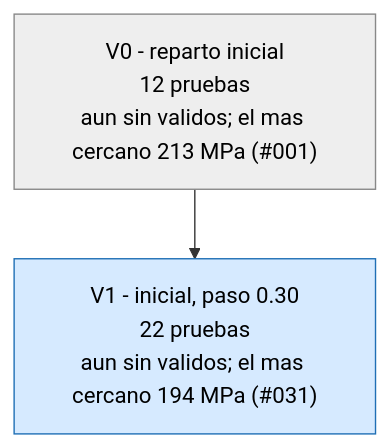
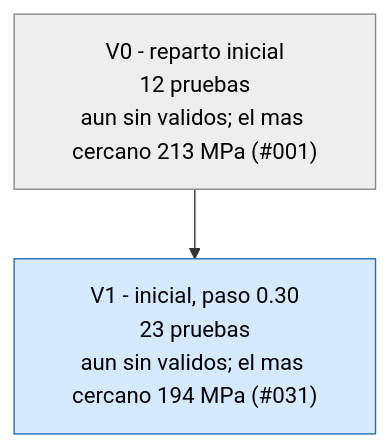
One commit to Hugiko/msd-soporte-optimizacion changed the first of 3 diagrams in runs/opt_37800N/ARBOL.md. Above: the diagram before and after it, drawn with Mermaid. The commit also changed 19 other files, not shown here.

````diff
--- a/runs/opt_37800N/ARBOL.md
+++ b/runs/opt_37800N/ARBOL.md
@@ -9,9 +9,9 @@
 ```mermaid
 graph TD
 classDef activa fill:#d6eaff,stroke:#1f6fb5,color:#000
 classDef fin fill:#eeeeee,stroke:#888,color:#000
 classDef mejor fill:#c8f0c0,stroke:#1a9850,stroke-width:4px,color:#000
 V0["V0 - reparto inicial<br/>12 pruebas<br/>aun sin validos; el mas cercano 213 MPa (#001)"]:::fin
-V1["V1 - inicial, paso 0.30<br/>22 pruebas<br/>aun sin validos; el mas cercano 194 MPa (#031)"]:::activa
+V1["V1 - inicial, paso 0.30<br/>23 pruebas<br/>aun sin validos; el mas cercano 194 MPa (#031)"]:::activa
 V0 --> V1
 ```
````
